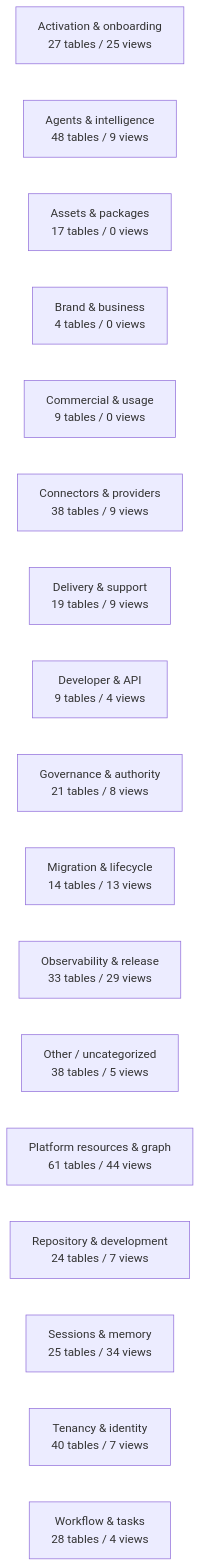
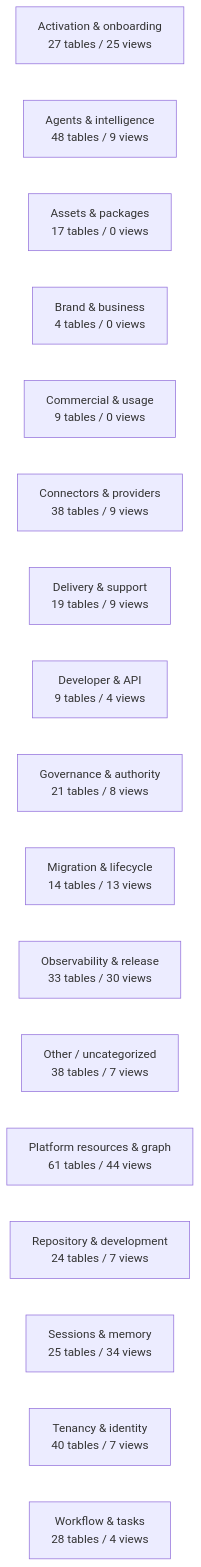
One commit to mad4bdigital-ai/multi-business-multi-role-growth-intelligence-os changed the diagram in docs/work-maps/data-model-domain-map.md. Above: the diagram before and after it, drawn with Mermaid. The commit also changed other lines of this file and 4 other files, not shown here.

````diff
--- a/docs/work-maps/data-model-domain-map.md
+++ b/docs/work-maps/data-model-domain-map.md
@@ -9,20 +9,20 @@
 ```mermaid
 flowchart LR
   n_Activation___onboarding["Activation & onboarding<br/>27 tables / 25 views"]
   n_Agents___intelligence["Agents & intelligence<br/>48 tables / 9 views"]
   n_Assets___packages["Assets & packages<br/>17 tables / 0 views"]
   n_Brand___business["Brand & business<br/>4 tables / 0 views"]
   n_Commercial___usage["Commercial & usage<br/>9 tables / 0 views"]
   n_Connectors___providers["Connectors & providers<br/>38 tables / 9 views"]
   n_Delivery___support["Delivery & support<br/>19 tables / 9 views"]
   n_Developer___API["Developer & API<br/>9 tables / 4 views"]
   n_Governance___authority["Governance & authority<br/>21 tables / 8 views"]
   n_Migration___lifecycle["Migration & lifecycle<br/>14 tables / 13 views"]
-  n_Observability___release["Observability & release<br/>33 tables / 29 views"]
-  n_Other___uncategorized["Other / uncategorized<br/>38 tables / 5 views"]
+  n_Observability___release["Observability & release<br/>33 tables / 30 views"]
+  n_Other___uncategorized["Other / uncategorized<br/>38 tables / 7 views"]
   n_Platform_resources___graph["Platform resources & graph<br/>61 tables / 44 views"]
   n_Repository___development["Repository & development<br/>24 tables / 7 views"]
   n_Sessions___memory["Sessions & memory<br/>25 tables / 34 views"]
   n_Tenancy___identity["Tenancy & identity<br/>40 tables / 7 views"]
   n_Workflow___tasks["Workflow & tasks<br/>28 tables / 4 views"]
 ```
````
